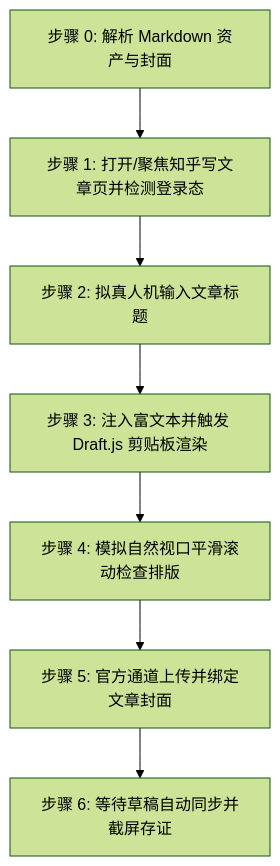
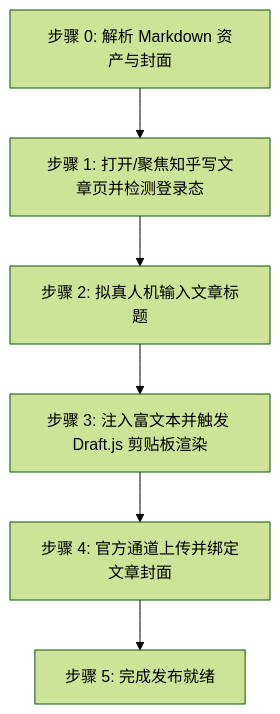
The diagram in skills/doudou-zhihu/SKILL.md (undsky/doudou-publish-skills), drawn with Mermaid (forest theme) before and after one commit. The commit also changed other lines of this file and 57 other files, not shown here.

````diff
--- a/skills/doudou-zhihu/SKILL.md
+++ b/skills/doudou-zhihu/SKILL.md
@@ -129,9 +12,8 @@
 ```mermaid
 flowchart TD
     S0[步骤 0: 解析 Markdown 资产与封面] --> S1[步骤 1: 打开/聚焦知乎写文章页并检测登录态]
     S1 --> S2[步骤 2: 拟真人机输入文章标题]
     S2 --> S3[步骤 3: 注入富文本并触发 Draft.js 剪贴板渲染]
-    S3 --> S4[步骤 4: 模拟自然视口平滑滚动检查排版]
-    S4 --> S5[步骤 5: 官方通道上传并绑定文章封面]
-    S5 --> S6[步骤 6: 等待草稿自动同步并截屏存证]
+    S3 --> S4[步骤 4: 官方通道上传并绑定文章封面]
+    S4 --> S5[步骤 5: 完成发布就绪]
 ```
````
